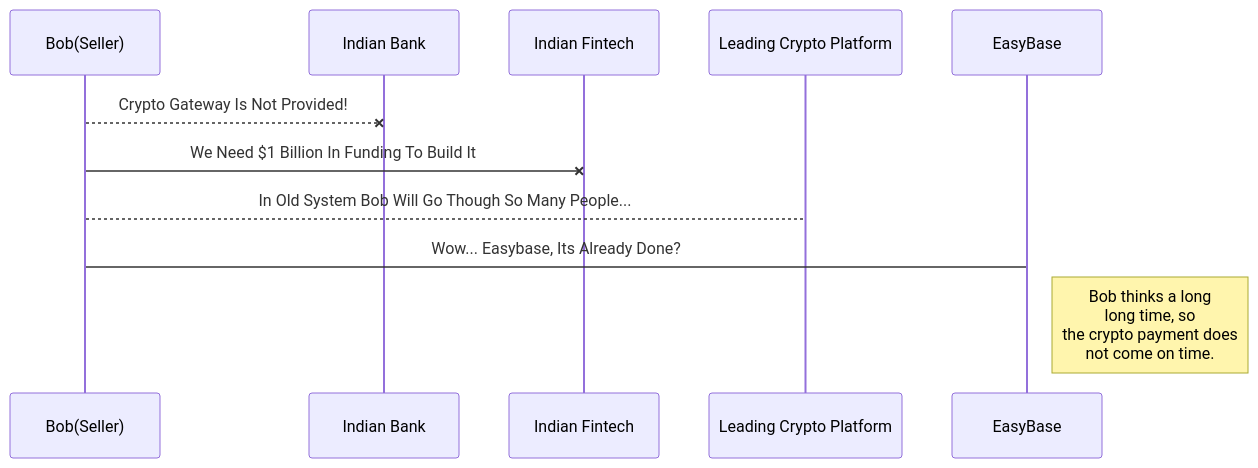
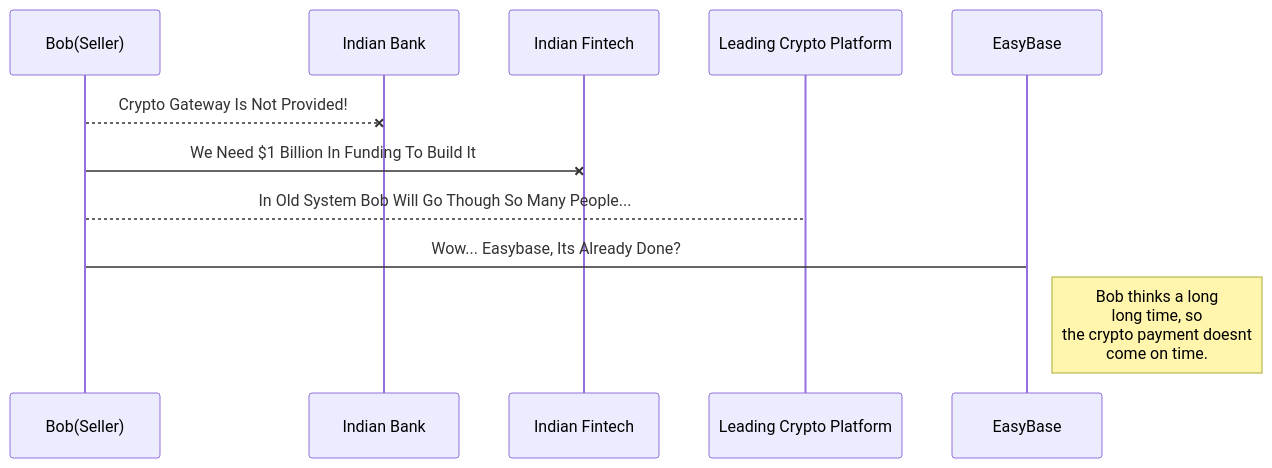
Before and after one commit to speedily/easyb: the first of 2 diagrams in README.md, drawn with Mermaid.

````diff
--- a/README.md
+++ b/README.md
@@ -39,11 +39,11 @@
 ```mermaid
 sequenceDiagram
 
 Bob(Seller)--x Indian Bank: Crypto Gateway Is Not Provided!
 Bob(Seller)-x Indian Fintech: We Need $1 Billion In Funding To Build It
 
 
 Bob(Seller)-->Leading Crypto Platform: In Old System Bob Will Go Though So Many People...
 Bob(Seller)->EasyBase: Wow... Easybase, Its Already Done?
-Note right of EasyBase: Bob thinks a long<br/>long time, so <br/> the crypto payment does<br/>not come on time.
+Note right of EasyBase: Bob thinks a long<br/>long time, so <br/> the crypto payment doesnt<br/>come on time.
 ```
````
